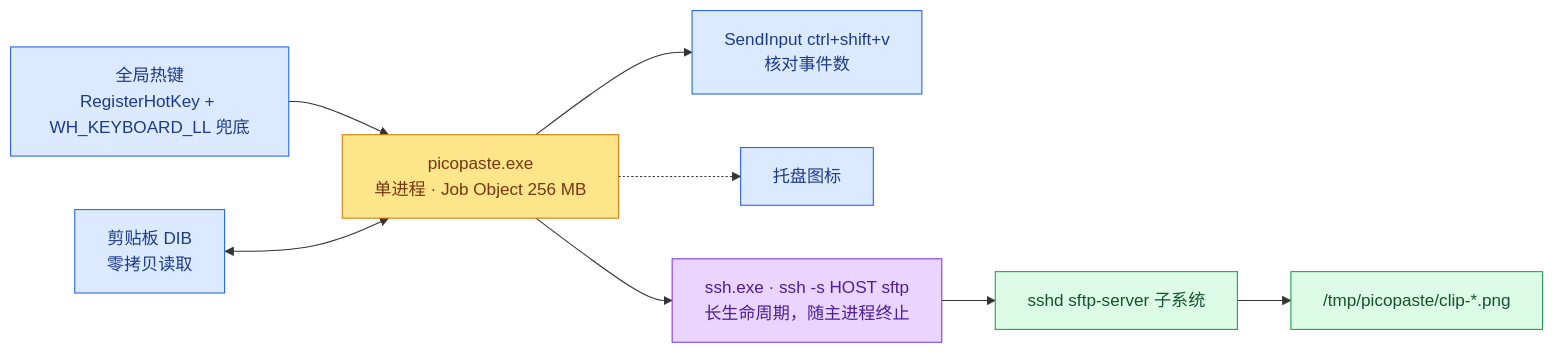
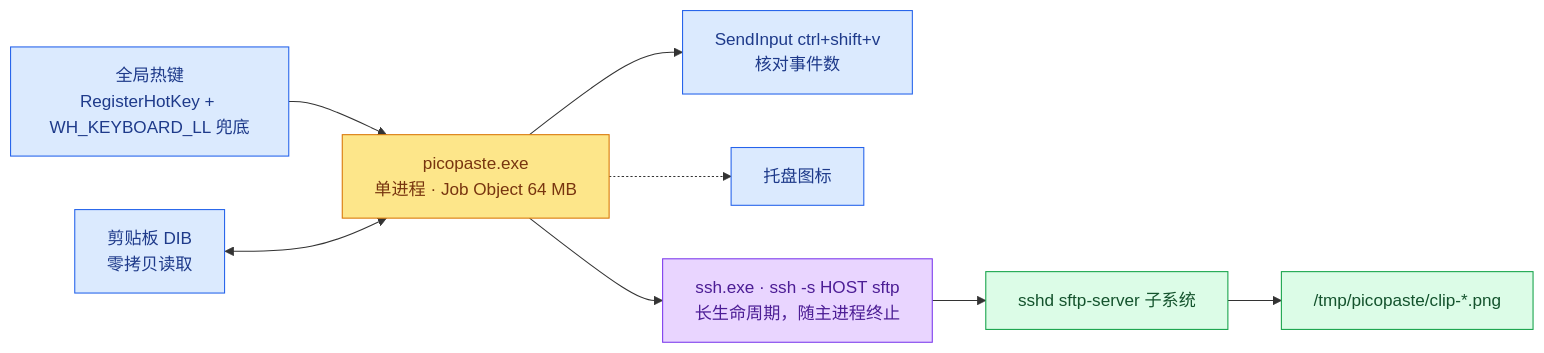
Before and after one commit to DeguiLiu/picopaste: the first of 3 diagrams in README_zh.md, drawn with Mermaid. The commit also changed other lines of this file and 7 other files, not shown here.

````diff
--- a/README_zh.md
+++ b/README_zh.md
@@ -13,22 +13,22 @@
 ```mermaid
 flowchart LR
   HK["全局热键<br/>RegisterHotKey + WH_KEYBOARD_LL 兜底"]:::win
   CL["剪贴板 DIB<br/>零拷贝读取"]:::win
   IN["SendInput ctrl+shift+v<br/>核对事件数"]:::win
   TR["托盘图标"]:::win
-  PP["picopaste.exe<br/>单进程 · Job Object 256 MB"]:::core
+  PP["picopaste.exe<br/>单进程 · Job Object 64 MB"]:::core
   SS["ssh.exe · ssh -s HOST sftp<br/>长生命周期，随主进程终止"]:::chan
   SF["sshd sftp-server 子系统"]:::rem
   RF["/tmp/picopaste/clip-*.png"]:::rem
   HK --> PP
   CL <--> PP
   PP --> IN
   PP -.-> TR
   PP --> SS
   SS --> SF
   SF --> RF
   classDef win fill:#dbeafe,stroke:#2563eb,color:#1e3a8a
   classDef core fill:#fde68a,stroke:#d97706,color:#78350f
   classDef chan fill:#e9d5ff,stroke:#7c3aed,color:#4c1d95
   classDef rem fill:#dcfce7,stroke:#16a34a,color:#14532d
 ```
````
